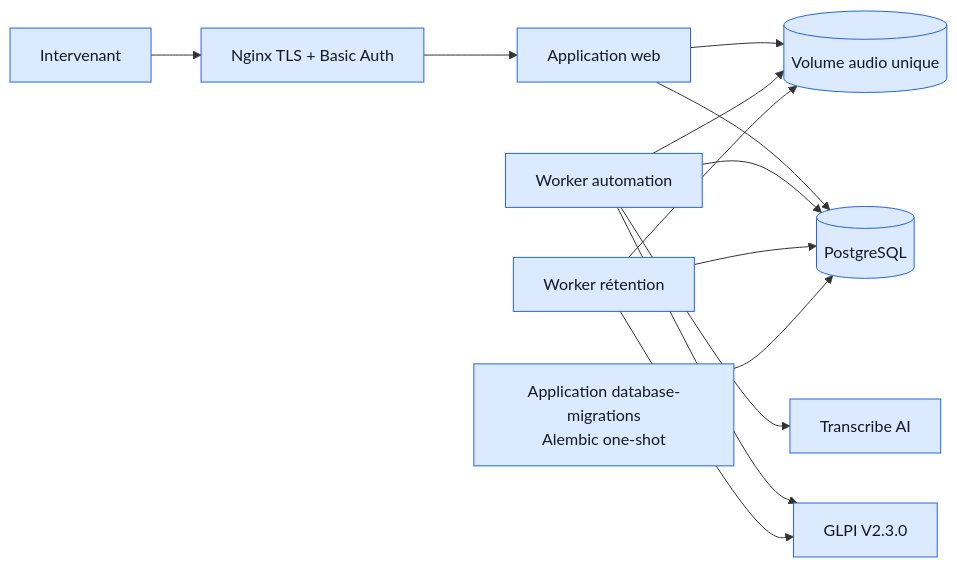
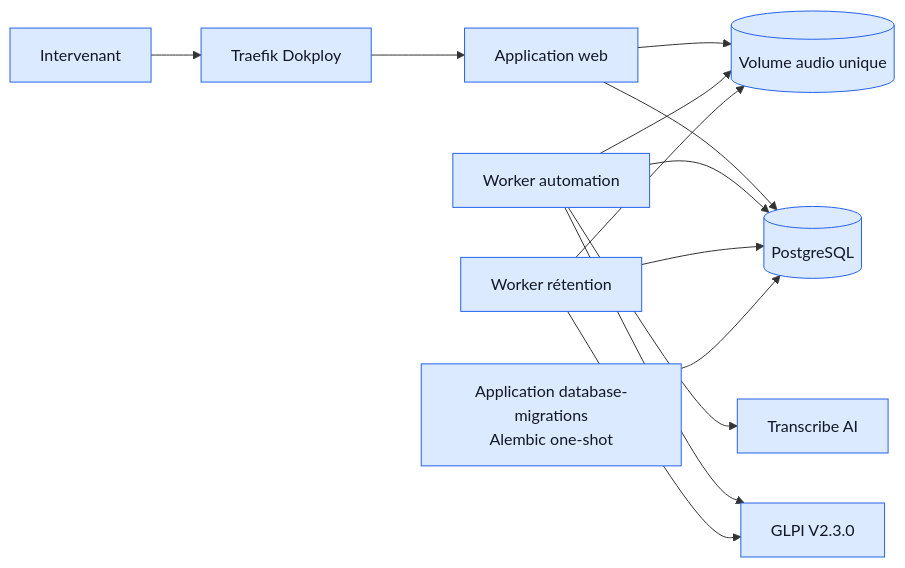
The second of 6 diagrams in docs/mvp-architecture.md (dev-vauclaire/mevo2glpi), drawn with Mermaid before and after one commit. The commit also changed other lines of this file and 51 other files, not shown here.

````diff
--- a/docs/mvp-architecture.md
+++ b/docs/mvp-architecture.md
@@ -243,22 +228,22 @@
 ```mermaid
 flowchart LR
-    User[Intervenant]:::implemented --> Nginx[Nginx TLS + Basic Auth]:::implemented
-    Nginx --> Web[Application web]:::implemented
+    User[Intervenant]:::implemented --> Traefik[Traefik Dokploy]:::implemented
+    Traefik --> Web[Application web]:::implemented
 
     Web --> Audio[(Volume audio unique)]:::implemented
     Web --> Database[(PostgreSQL)]:::implemented
 
     Automation[Worker automation]:::implemented --> Audio
     Automation --> Database
     Automation --> Transcribe[Transcribe AI]:::implemented
     Automation --> Glpi[GLPI V2.3.0]:::implemented
 
     Retention[Worker rétention]:::implemented --> Audio
     Retention --> Database
     Retention --> Glpi
 
     Migration[Application database-migrations<br/>Alembic one-shot]:::implemented --> Database
 
     classDef implemented fill:#dbeafe,stroke:#2563eb,color:#111827;
     classDef future fill:#fff,stroke:#64748b,color:#111827,stroke-dasharray:5 4;
 ```
````
